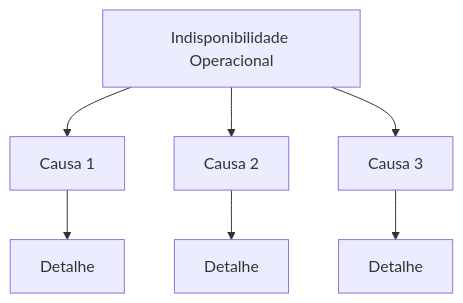
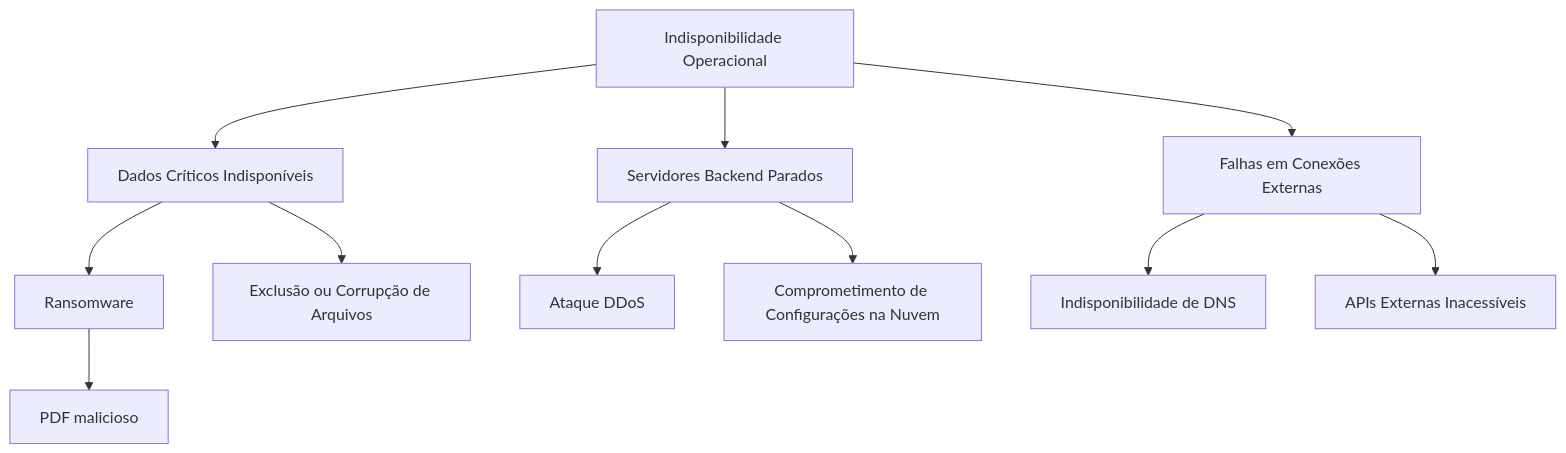
Before and after one commit to pedro-coelho-dr/threat-model-exercise: the first of 9 diagrams in readme.md, drawn with Mermaid. The commit also changed other lines of this file, not shown here.

````diff
--- a/readme.md
+++ b/readme.md
@@ -168,10 +168,14 @@
 ```mermaid
 flowchart TD
     A1[Indisponibilidade Operacional]
-    A1 --> A2[Causa 1]
-    A1 --> A3[Causa 2]
-    A1 --> A4[Causa 3]
-    A2 --> A5[Detalhe]
-    A3 --> A6[Detalhe]
-    A4 --> A7[Detalhe]
+    A1 --> A2[Dados Críticos Indisponíveis]
+    A1 --> A3[Servidores Backend Parados]
+    A1 --> A4[Falhas em Conexões Externas]
+    A2 --> A5[Ransomware]
+    A2 --> A6[Exclusão ou Corrupção de Arquivos]
+    A3 --> A7[Ataque DDoS]
+    A3 --> A8[Comprometimento de Configurações na Nuvem]
+    A4 --> A9[Indisponibilidade de DNS]
+    A4 --> A10[APIs Externas Inacessíveis]
+    A5 --> A12[PDF malicioso]
 ```
````
